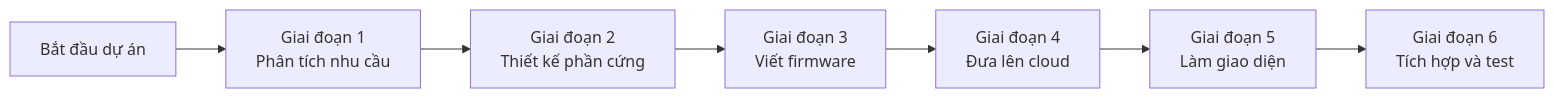
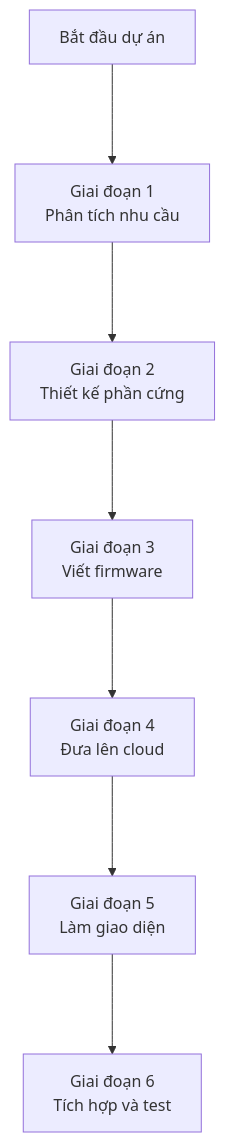
The diagram in resources/reports/thesis/final/assets/uml/01-chuong-1-gioi-thieu-hinh-1-2.mmd (anmh1205/IoT_Vehicle_Tracking_System), drawn with Mermaid before and after one commit. The commit also changed 363 other files, not shown here.

```diff
--- a/resources/reports/thesis/final/assets/uml/01-chuong-1-gioi-thieu-hinh-1-2.mmd
+++ b/resources/reports/thesis/final/assets/uml/01-chuong-1-gioi-thieu-hinh-1-2.mmd
@@ -1,13 +1,14 @@
-flowchart LR
+%%{init: {'flowchart': {'nodeSpacing': 80, 'rankSpacing': 100}} }%%
+flowchart TB
     S["Bắt đầu dự án"] --> P1["Giai đoạn 1
 Phân tích nhu cầu"]
     P1 --> P2["Giai đoạn 2
 Thiết kế phần cứng"]
     P2 --> P3["Giai đoạn 3
 Viết firmware"]
     P3 --> P4["Giai đoạn 4
 Đưa lên cloud"]
     P4 --> P5["Giai đoạn 5
 Làm giao diện"]
     P5 --> P6["Giai đoạn 6
 Tích hợp và test"]
```
